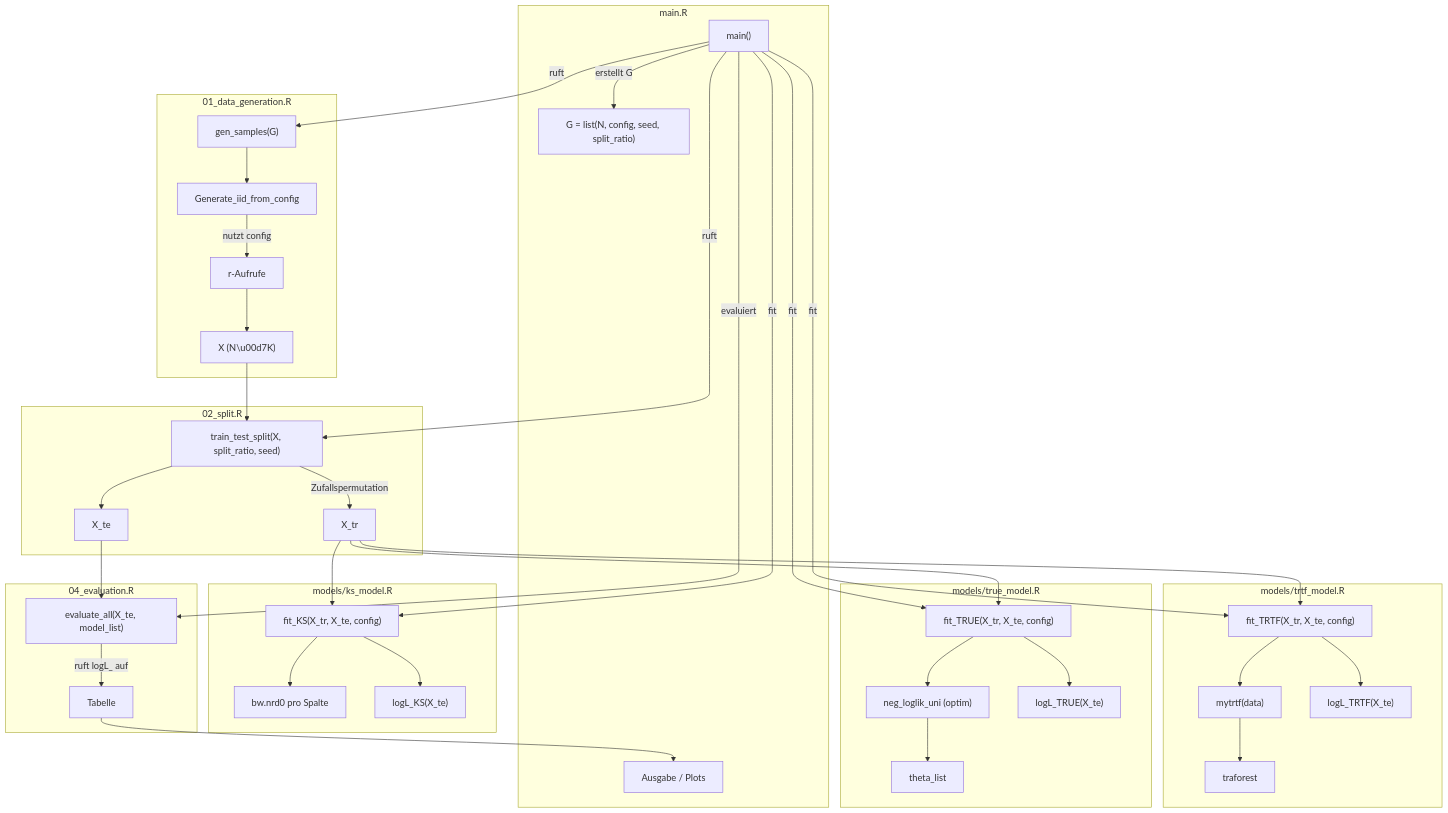
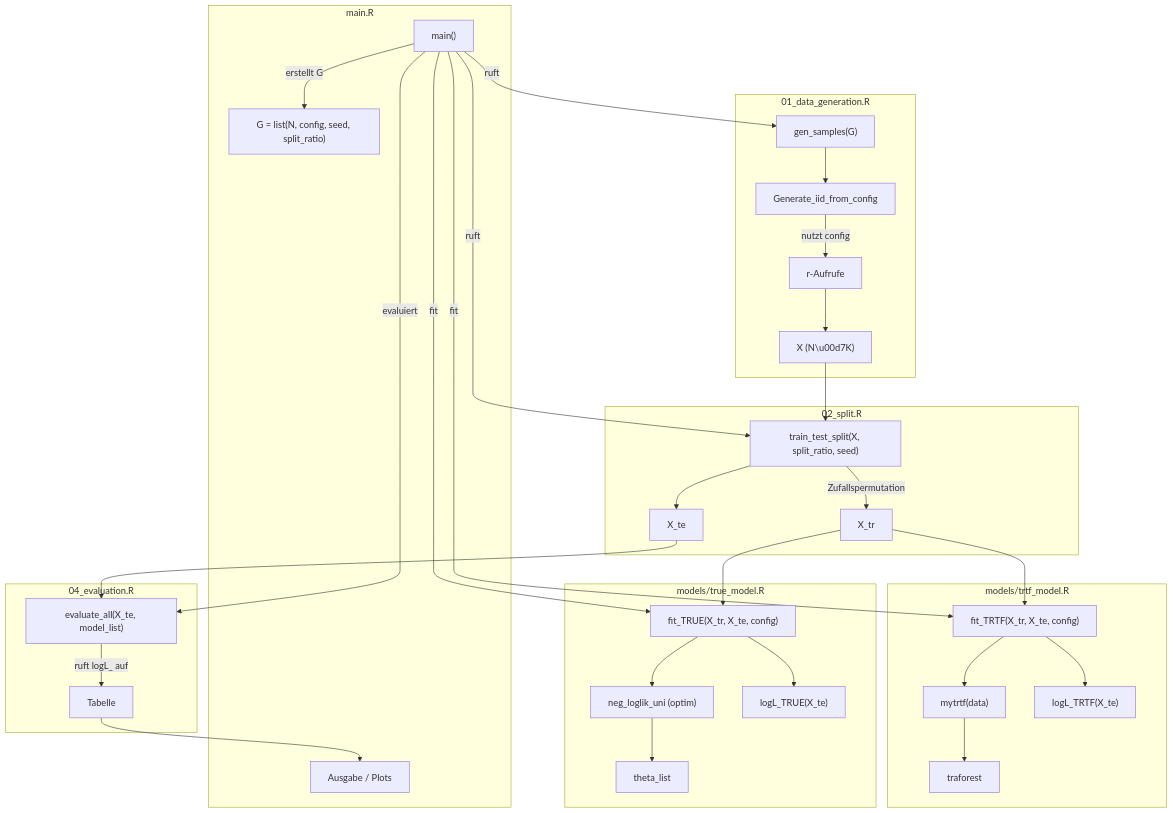
The diagram in docs/architecture.md (leonfaro/multivariate-density-estimation), drawn with Mermaid before and after one commit. The commit also changed other lines of this file and 9 other files, not shown here.

````diff
--- a/docs/architecture.md
+++ b/docs/architecture.md
@@ -10,52 +9,44 @@
 ```mermaid
 graph TD
     subgraph Script01["01_data_generation.R"]
         A1["gen_samples(G)"] --> A2["Generate_iid_from_config"]
         A2 -->|"nutzt config"| A3["r<distr>-Aufrufe"]
         A3 --> A4["X (N\u00d7K)"]
     end
 
     subgraph Script02["02_split.R"]
         B1["train_test_split(X, split_ratio, seed)"] -->|"Zufallspermutation"| B2["X_tr"]
         B1 --> B3["X_te"]
     end
 
     subgraph TrueModel["models/true_model.R"]
         C1["fit_TRUE(X_tr, X_te, config)"] --> C2["neg_loglik_uni (optim)"]
         C2 --> C3["theta_list"]
         C1 --> C4["logL_TRUE(X_te)"]
     end
 
     subgraph TRTFModel["models/trtf_model.R"]
         D1["fit_TRTF(X_tr, X_te, config)"] --> D2["mytrtf(data)"]
         D2 --> D3["traforest" ]
         D1 --> D4["logL_TRTF(X_te)"]
     end
 
-    subgraph KSModel["models/ks_model.R"]
-        E1["fit_KS(X_tr, X_te, config)"] --> E2["bw.nrd0 pro Spalte"]
-        E1 --> E3["logL_KS(X_te)"]
-    end
-
-
     subgraph Script04["04_evaluation.R"]
         G1["evaluate_all(X_te, model_list)"] -->|"ruft logL_<id> auf"| G2["Tabelle"]
     end
 
     subgraph Script05["main.R"]
         H1["main()"] -->|"erstellt G"| Gsetup["G = list(N, config, seed, split_ratio)"]
         H1 -->|"ruft"| A1
         H1 -->|"ruft"| B1
         H1 -->|"fit"| C1
         H1 -->|"fit"| D1
-        H1 -->|"fit"| E1
         H1 -->|"evaluiert"| G1
         G2 --> H2["Ausgabe / Plots"]
     end
 
     A4 --> B1
     B2 --> C1
     B2 --> D1
-    B2 --> E1
     B3 --> G1
 ```
````
